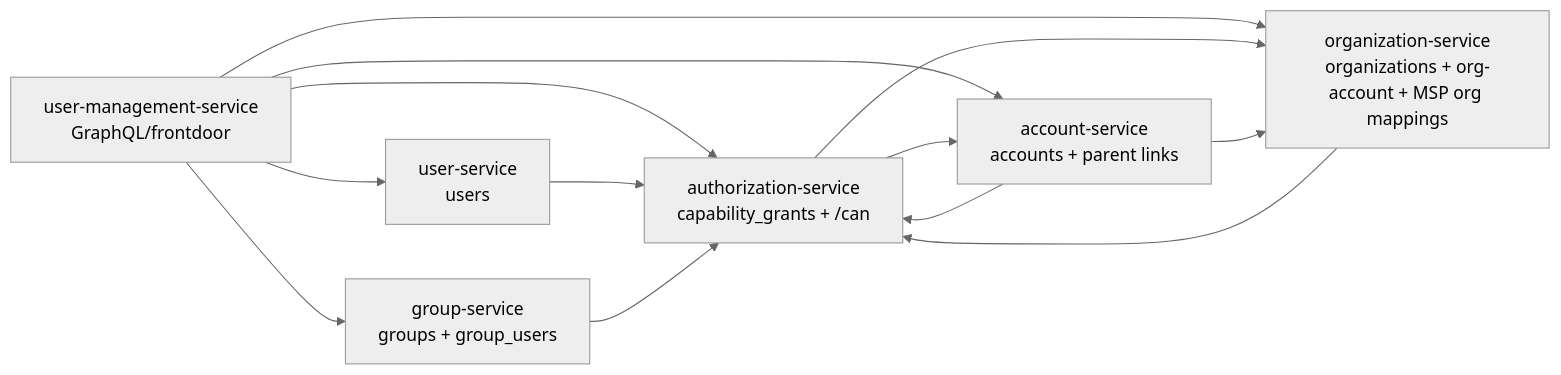
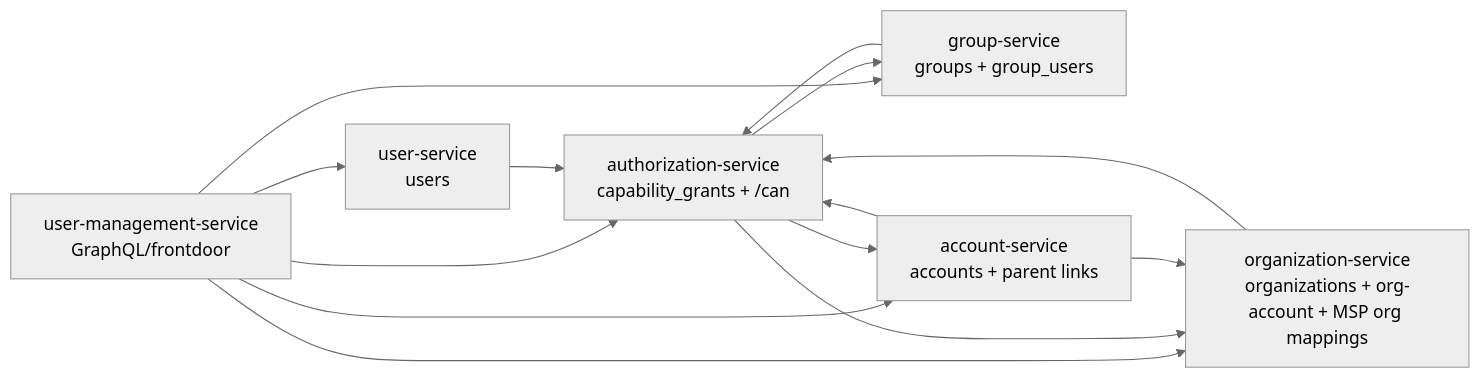
One commit to meleneth/iam-system-demo changed the first of 5 diagrams in FINAL_ARCHITECTURE.md. Above: the diagram before and after it, drawn with Mermaid (neutral theme). The commit also changed other lines of this file and 67 other files, not shown here.

````diff
--- a/FINAL_ARCHITECTURE.md
+++ b/FINAL_ARCHITECTURE.md
@@ -24,24 +26,25 @@
 ```mermaid
 flowchart LR
   UMS[user-management-service<br/>GraphQL/frontdoor]
   US[user-service<br/>users]
   GS[group-service<br/>groups + group_users]
   AS[account-service<br/>accounts + parent links]
   OS[organization-service<br/>organizations + org-account + MSP org mappings]
   AZ[authorization-service<br/>capability_grants + /can]
 
   UMS --> US
   UMS --> GS
   UMS --> AS
   UMS --> OS
   UMS --> AZ
 
   US --> AZ
   GS --> AZ
   AS --> AZ
   OS --> AZ
 
   AZ --> AS
   AZ --> OS
+  AZ --> GS
   AS --> OS
 ```
````
